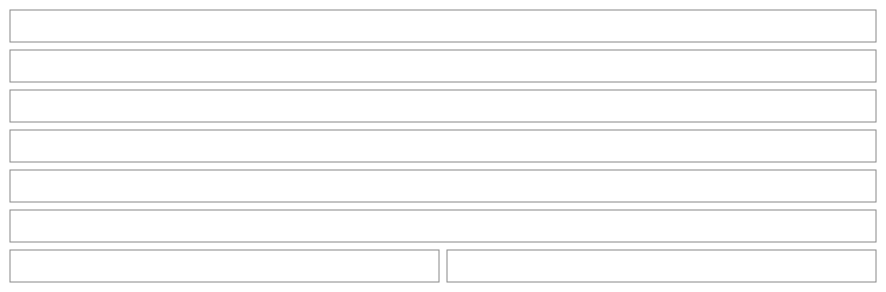
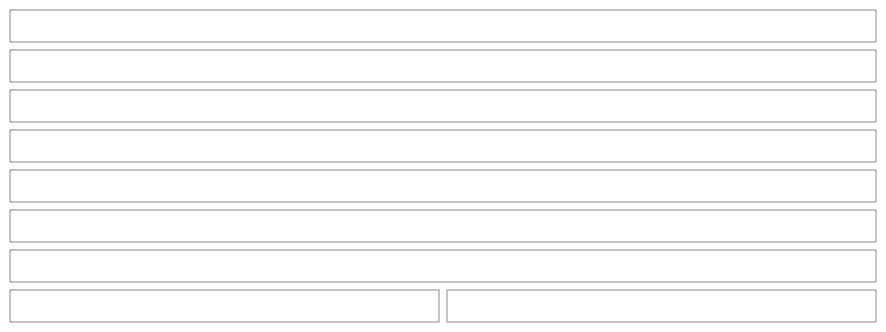
One commit to NovaMoonX/moondreams-dev-apps changed diagram 33 of 57 in src/apps/pinch/UX.md. Above: the diagram before and after it, drawn with Mermaid. The commit also changed other lines of this file and 4 other files, not shown here.

````diff
--- a/src/apps/pinch/UX.md
+++ b/src/apps/pinch/UX.md
@@ -1108,21 +1108,23 @@
 ```mermaid
 %%{init: {'theme': 'base', 'themeVariables': {'primaryColor': 'transparent', 'primaryBorderColor': '#888888', 'primaryTextColor': '#333333', 'lineColor': '#888888'}}}%%
 block-beta
   columns 2
   T1["‹ Adobo chicken & Cilantro lime rice"]:2
   T2["Step 1 of 3 · Show this step  ⌄"]:2
   T3["Adobo chicken · Marinate the chicken · 30 min · 29:41 (the screen's biggest thing) · progress bar  (the timer view)"]:2
   T4["Other timers · Cook the rice · Cilantro lime rice   12:04   ⏸"]:2
   T5["Up next · Step 2 · Add the vinegar, the rest of the soy sauce and garlic…"]:2
+  T5b["Meanwhile: Cilantro lime rice · Step 1 of 2  ›  (a plate only)"]:2
   T6["Keep this screen open: timers stop if you leave it."]:2
-  T7["Next step"]:1
+  T7["Next"]:1
   T8["⏸ Pause"]:1
   style T1 fill:transparent,stroke:#888888,stroke-width:1px;
   style T2 fill:transparent,stroke:#888888,stroke-width:1px;
   style T3 fill:transparent,stroke:#888888,stroke-width:1px;
   style T4 fill:transparent,stroke:#888888,stroke-width:1px;
+  style T5b fill:transparent,stroke:#888888,stroke-width:1px;
   style T5 fill:transparent,stroke:#888888,stroke-width:1px;
   style T6 fill:transparent,stroke:#888888,stroke-width:1px;
   style T7 fill:transparent,stroke:#888888,stroke-width:1px;
   style T8 fill:transparent,stroke:#888888,stroke-width:1px;
 ```
````
